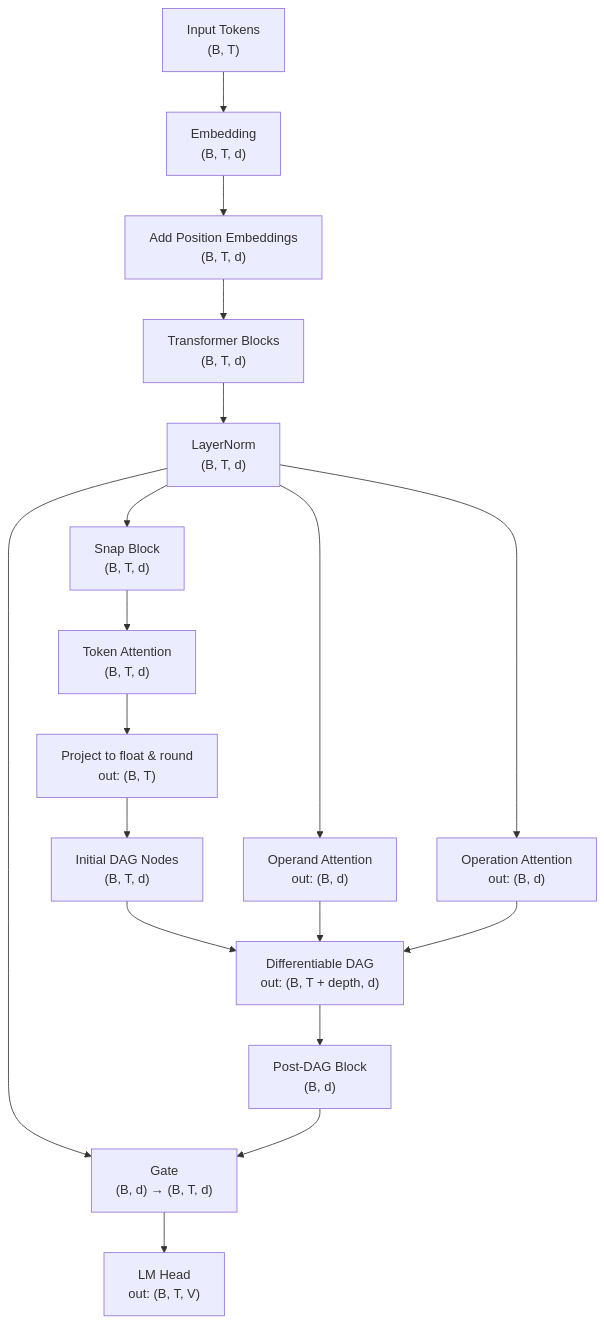
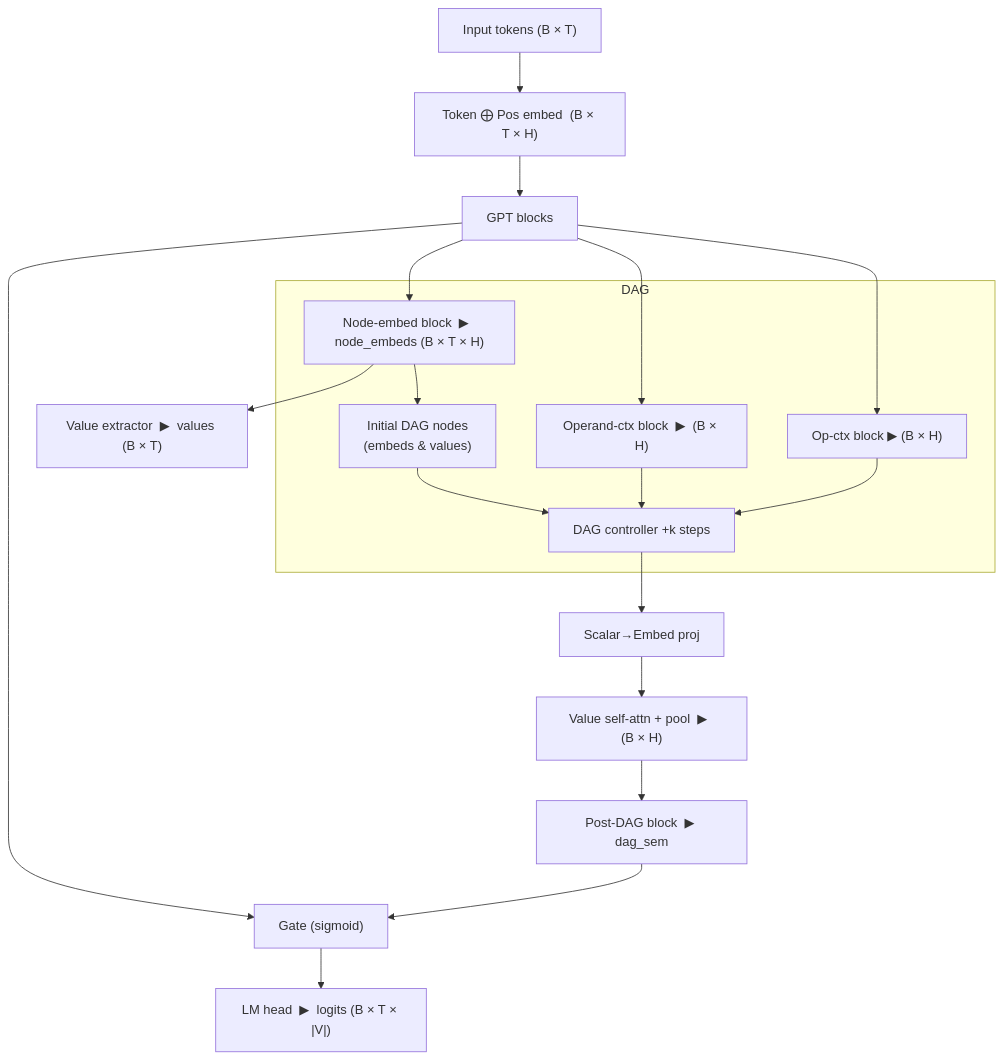
The diagram in README.md (marict/nanoGPT-llm-extraction), drawn with Mermaid before and after one commit. The commit also changed other lines of this file, not shown here.

````diff
--- a/README.md
+++ b/README.md
@@ -21,20 +39,24 @@
 ```mermaid
 flowchart TD
-    A["Input Tokens<br/>(B, T)"] --> B["Embedding<br/>(B, T, d)"]
-    B --> C["Add Position Embeddings<br/>(B, T, d)"]
-    C --> D["Transformer Blocks<br/>(B, T, d)"]
-    D --> E["LayerNorm<br/>(B, T, d)"]
-    E --> F["Snap Block<br/>(B, T, d)"]
-    F --> G["Token Attention<br/>(B, T, d)"]
-    G --> H["Project to float & round<br/>out: (B, T)"]
-    H --> I["Initial DAG Nodes<br/>(B, T, d)"]
-    E --> O["Operand Attention<br/>out: (B, d)"]
-    E --> P["Operation Attention<br/>out: (B, d)"]
-    I --> J["Differentiable DAG<br/>out: (B, T + depth, d)"]
-    O --> J
-    P --> J
-    J --> K["Post-DAG Block<br/>(B, d)"]
-    E --> L["Gate<br/>(B, d) → (B, T, d)"]
-    K --> L
-    L --> M["LM Head<br/>out: (B, T, V)"]
+    A["Input tokens  (B × T)"] --> B["Token ⨁ Pos embed  (B × T × H)"]
+    B --> C["GPT blocks"]
+    C --> D["Node-embed block  ▶  node_embeds (B × T × H)"]
+    D --> E["Value extractor  ▶  values (B × T)"]
+    C --> F["Operand-ctx block  ▶  (B × H)"]
+    C --> G["Op-ctx block       ▶  (B × H)"]
+
+    subgraph DAG
+        D --> H["Initial DAG nodes<br>(embeds & values)"]
+        H --> I["DAG controller +k steps"]
+        F --> I
+        G --> I
+    end
+
+    I --> J["Scalar→Embed proj"]
+    J --> K["Value self-attn + pool  ▶  (B × H)"]
+    K --> L["Post-DAG block  ▶ dag_sem"]
+
+    C --> M["Gate (sigmoid)"]
+    L --> M
+    M --> N["LM head  ▶  logits (B × T × |V|)"]
 ```
````
